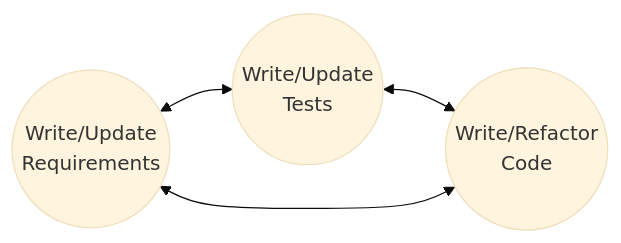
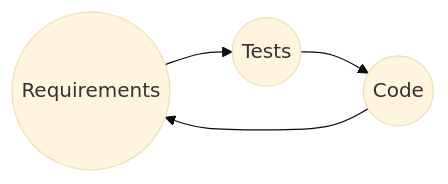
One commit to peter-lawrey/aide changed the diagram in posts/20241231-Next-Level-AIDE.adoc. Above: the diagram before and after it, drawn with Mermaid (base theme). The commit also changed other lines of this file and 1 other file, not shown here.

```diff
--- a/posts/20241231-Next-Level-AIDE.adoc
+++ b/posts/20241231-Next-Level-AIDE.adoc
@@ -47,7 +51,7 @@
 [mermaid]
 ----
 flowchart LR
-  A((Write/Update<br>Requirements)) <--> B((Write/Update<br>Tests))
-  B <--> C((Write/Refactor<br>Code))
-  C <--> A
+  A((Requirements)) --> B((Tests))
+  B --> C((Code))
+  C --> A
 ----
```
